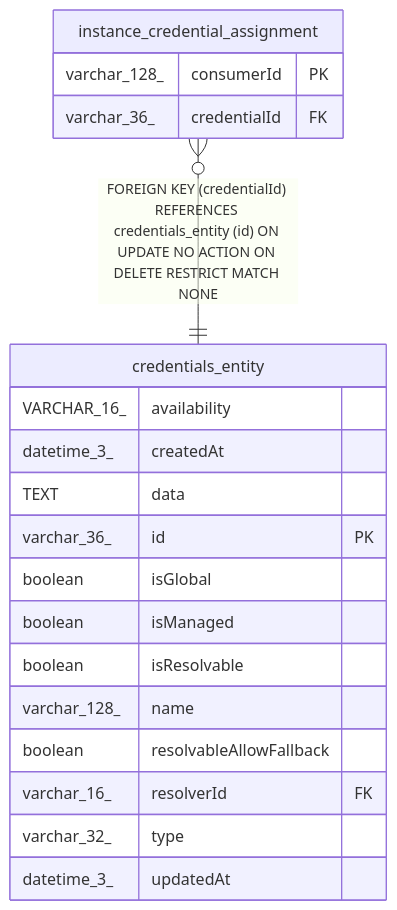
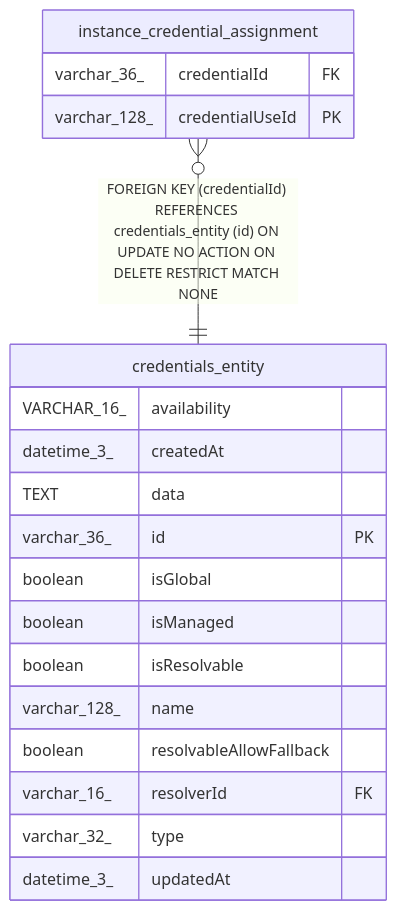
One commit to mayankjain1815-commits/n8n changed the diagram in docs/generated/sqlite-schema/instance_credential_assignment.md. Above: the diagram before and after it, drawn with Mermaid. The commit also changed other lines of this file and 16 other files, not shown here.

````diff
--- a/docs/generated/sqlite-schema/instance_credential_assignment.md
+++ b/docs/generated/sqlite-schema/instance_credential_assignment.md
@@ -38,24 +38,24 @@
 ```mermaid
 erDiagram
 
 "instance_credential_assignment" }o--|| "credentials_entity" : "FOREIGN KEY (credentialId) REFERENCES credentials_entity (id) ON UPDATE NO ACTION ON DELETE RESTRICT MATCH NONE"
 
 "instance_credential_assignment" {
-  varchar_128_ consumerId PK
   varchar_36_ credentialId FK
+  varchar_128_ credentialUseId PK
 }
 "credentials_entity" {
   VARCHAR_16_ availability
   datetime_3_ createdAt
   TEXT data
   varchar_36_ id PK
   boolean isGlobal
   boolean isManaged
   boolean isResolvable
   varchar_128_ name
   boolean resolvableAllowFallback
   varchar_16_ resolverId FK
   varchar_32_ type
   datetime_3_ updatedAt
 }
 ```
````
